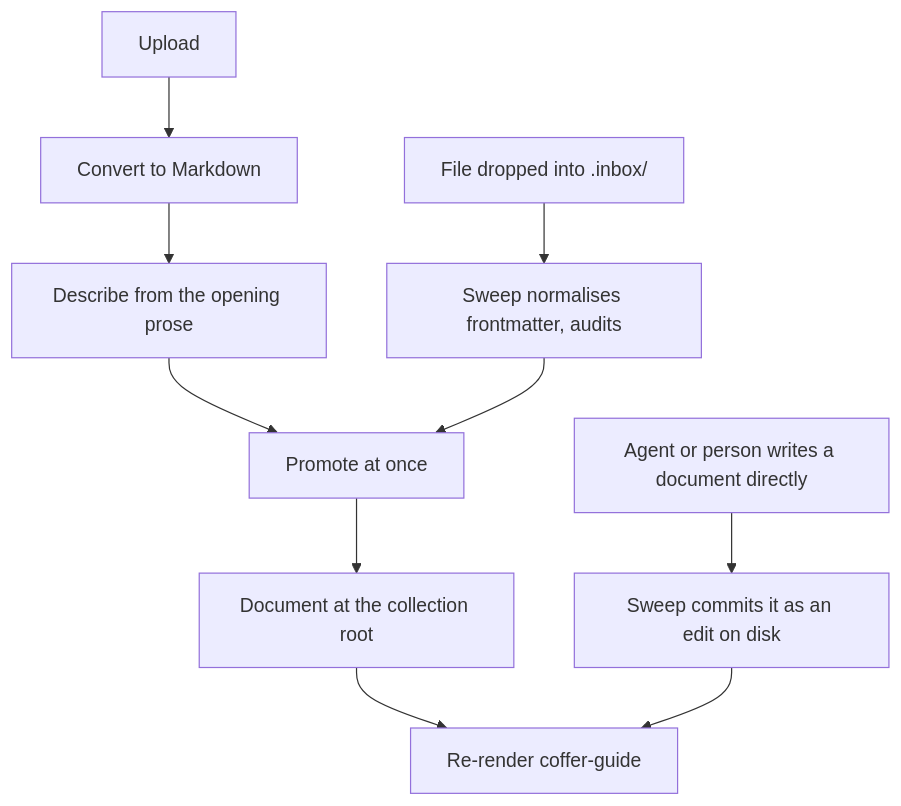
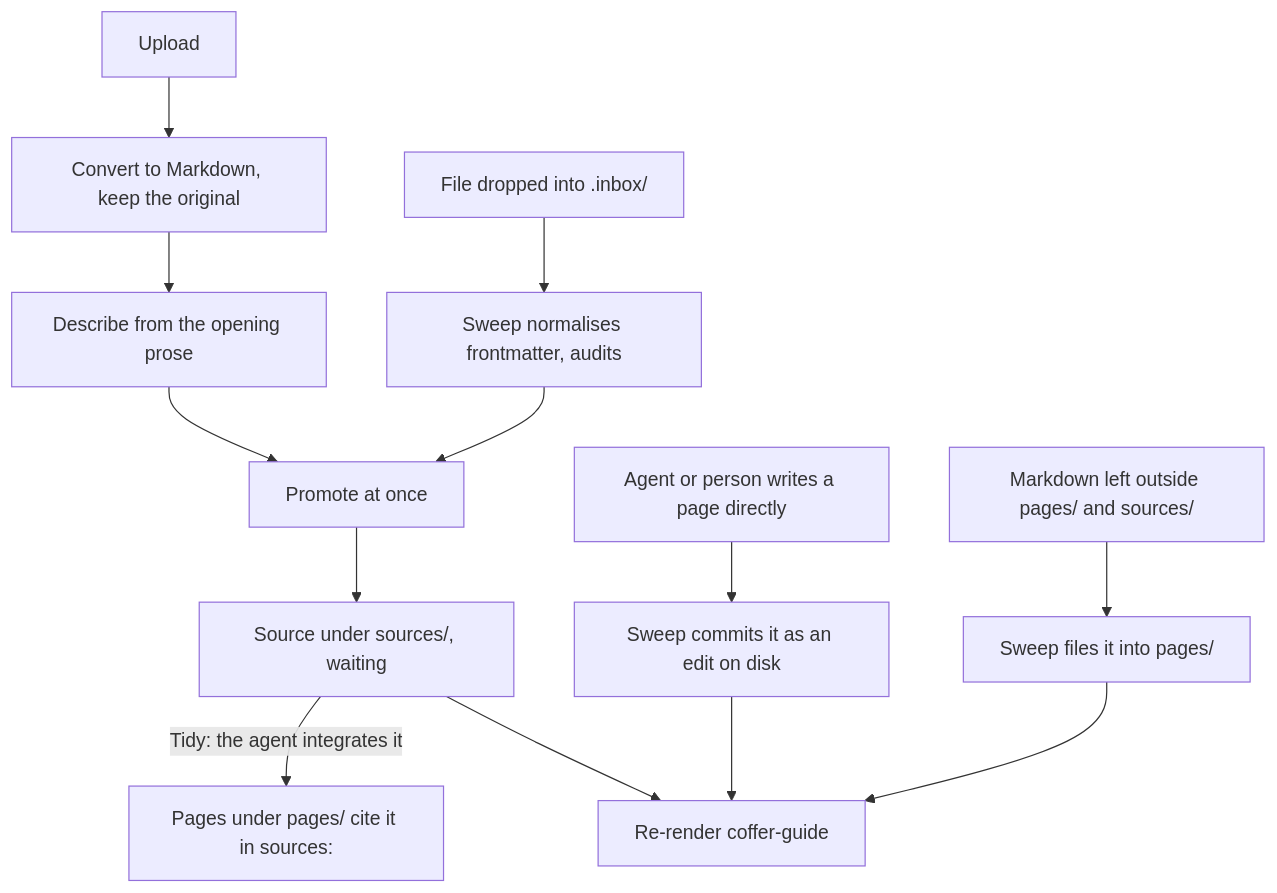
The first of 2 diagrams in docs-site/architecture/knowledge.md (wyx-sg/Coffer), drawn with Mermaid before and after one commit. The commit also changed other lines of this file and 10 other files, not shown here.

````diff
--- a/docs-site/architecture/knowledge.md
+++ b/docs-site/architecture/knowledge.md
@@ -100,12 +132,15 @@
 ```mermaid
 flowchart TD
-  U["Upload"] --> C["Convert to Markdown"]
+  U["Upload"] --> C["Convert to Markdown, keep the original"]
   C --> D["Describe from the opening prose"]
   D --> S["Promote at once"]
   W["File dropped into .inbox/"] --> N["Sweep normalises frontmatter, audits"]
   N --> S
-  S --> DOC["Document at the collection root"]
-  E["Agent or person writes a document directly"] --> DISK["Sweep commits it as an edit on disk"]
-  DOC --> G["Re-render coffer-guide"]
+  S --> SRC["Source under sources/, waiting"]
+  SRC -->|Tidy: the agent integrates it| P["Pages under pages/ cite it in sources:"]
+  E["Agent or person writes a page directly"] --> DISK["Sweep commits it as an edit on disk"]
+  L["Markdown left outside pages/ and sources/"] --> M["Sweep files it into pages/"]
+  SRC --> G["Re-render coffer-guide"]
   DISK --> G
+  M --> G
 ```
````
